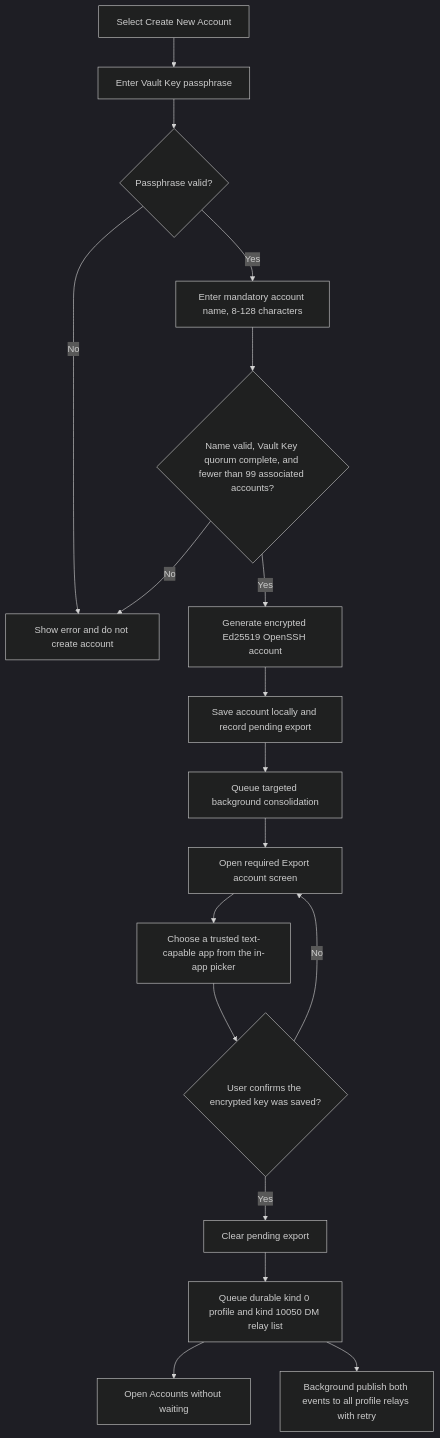
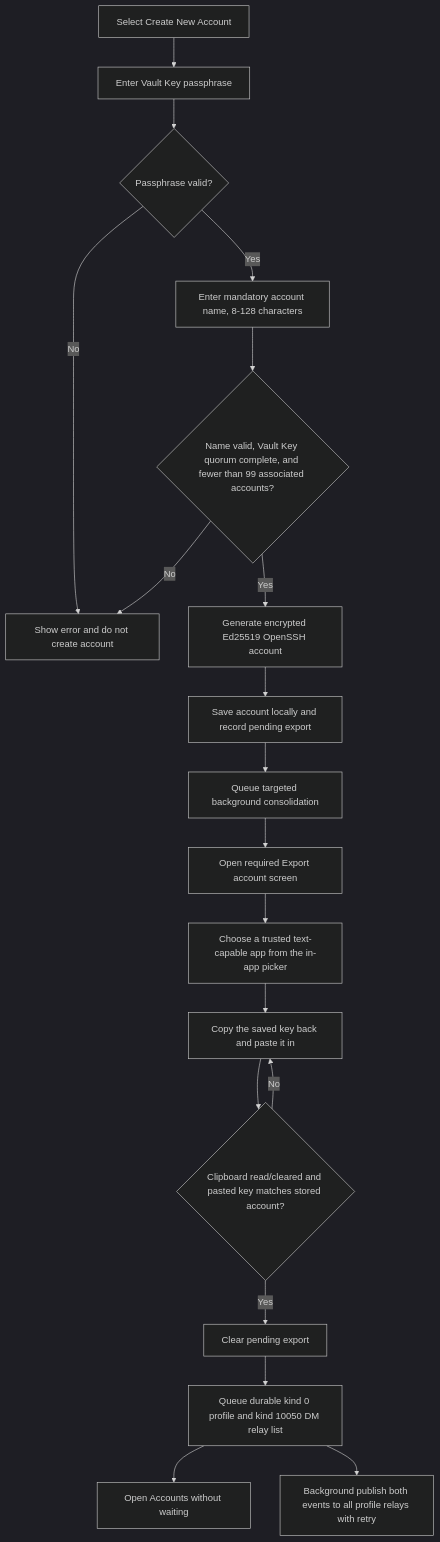
One commit to ZenTenApp/vault-kotlin changed the third of 7 diagrams in docs/stakeholder/flowcharts.md. Above: the diagram before and after it, drawn with Mermaid (dark theme). The commit also changed other lines of this file and 8 other files, not shown here.

Commit message:
feat(accounts): verify pasted account key and default KDF rounds to 128

````diff
--- a/docs/stakeholder/flowcharts.md
+++ b/docs/stakeholder/flowcharts.md
@@ -117,20 +117,21 @@
 ```mermaid
 flowchart TD
     Add["Select Create New Account"] --> EnterPassphrase["Enter Vault Key passphrase"]
     EnterPassphrase --> Verify{"Passphrase valid?"}
     Verify -->|No| Rejected["Show error and do not create account"]
     Verify -->|Yes| EnterName["Enter mandatory account name, 8-128 characters"]
     EnterName --> Check{"Name valid, Vault Key quorum complete, and fewer than 99 associated accounts?"}
     Check -->|No| Rejected
     Check -->|Yes| Generate["Generate encrypted Ed25519 OpenSSH account"]
     Generate --> Save["Save account locally and record pending export"]
     Save --> Queue["Queue targeted background consolidation"]
     Queue --> Export["Open required Export account screen"]
     Export --> Choose["Choose a trusted text-capable app from the in-app picker"]
-    Choose --> Confirm{"User confirms the encrypted key was saved?"}
-    Confirm -->|No| Export
+    Choose --> Paste["Copy the saved key back and paste it in"]
+    Paste --> Confirm{"Clipboard read/cleared and pasted key matches stored account?"}
+    Confirm -->|No| Paste
     Confirm -->|Yes| Clear["Clear pending export"]
     Clear --> QueueProfile["Queue durable kind 0 profile and kind 10050 DM relay list"]
     QueueProfile --> Accounts["Open Accounts without waiting"]
     QueueProfile --> ProfileWorker["Background publish both events to all profile relays with retry"]
 ```
````
